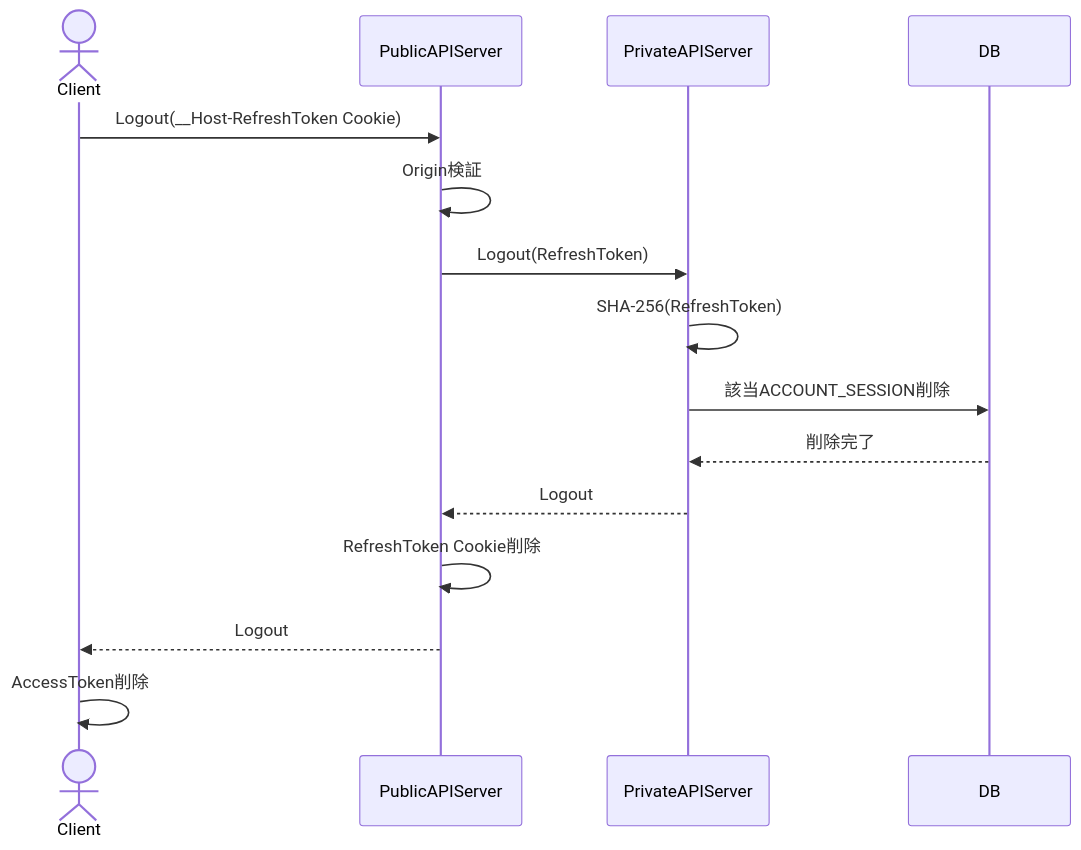
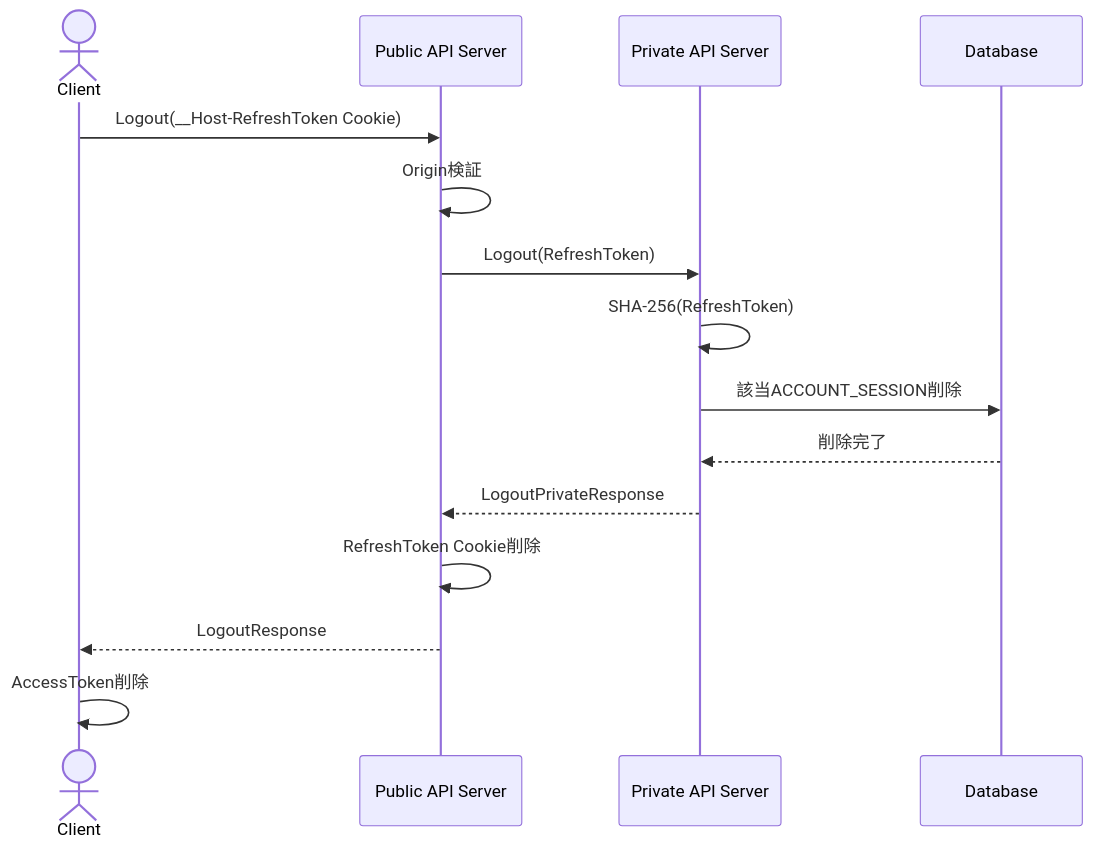
One commit to ReHydrangeaOdyssey/Specifications changed the fourth of 4 diagrams in design/server/session.md. Above: the diagram before and after it, drawn with Mermaid. The commit also changed other lines of this file and 12 other files, not shown here.

Commit message:
図などの名称の統一

````diff
--- a/design/server/session.md
+++ b/design/server/session.md
@@ -284,18 +284,18 @@
 ```mermaid
 sequenceDiagram
     actor Client
-    participant PublicAPIServer
-    participant PrivateAPIServer
-    participant DB
+    participant PublicAPIServer as Public API Server
+    participant PrivateAPIServer as Private API Server
+    participant Database
 
     Client->>PublicAPIServer: Logout(__Host-RefreshToken Cookie)
     PublicAPIServer->>PublicAPIServer: Origin検証
     PublicAPIServer->>PrivateAPIServer: Logout(RefreshToken)
     PrivateAPIServer->>PrivateAPIServer: SHA-256(RefreshToken)
-    PrivateAPIServer->>DB: 該当ACCOUNT_SESSION削除
-    DB-->>PrivateAPIServer: 削除完了
-    PrivateAPIServer-->>PublicAPIServer: Logout
+    PrivateAPIServer->>Database: 該当ACCOUNT_SESSION削除
+    Database-->>PrivateAPIServer: 削除完了
+    PrivateAPIServer-->>PublicAPIServer: LogoutPrivateResponse
     PublicAPIServer->>PublicAPIServer: RefreshToken Cookie削除
-    PublicAPIServer-->>Client: Logout
+    PublicAPIServer-->>Client: LogoutResponse
     Client->>Client: AccessToken削除
 ```
````
